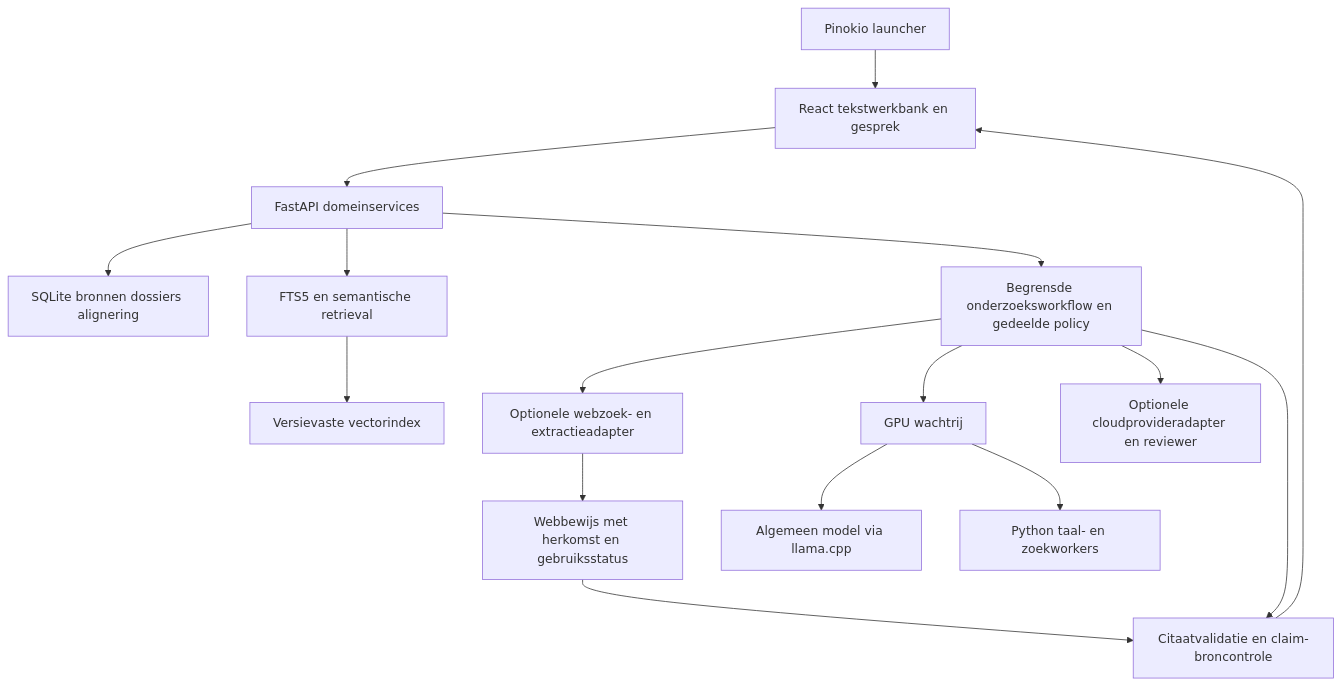
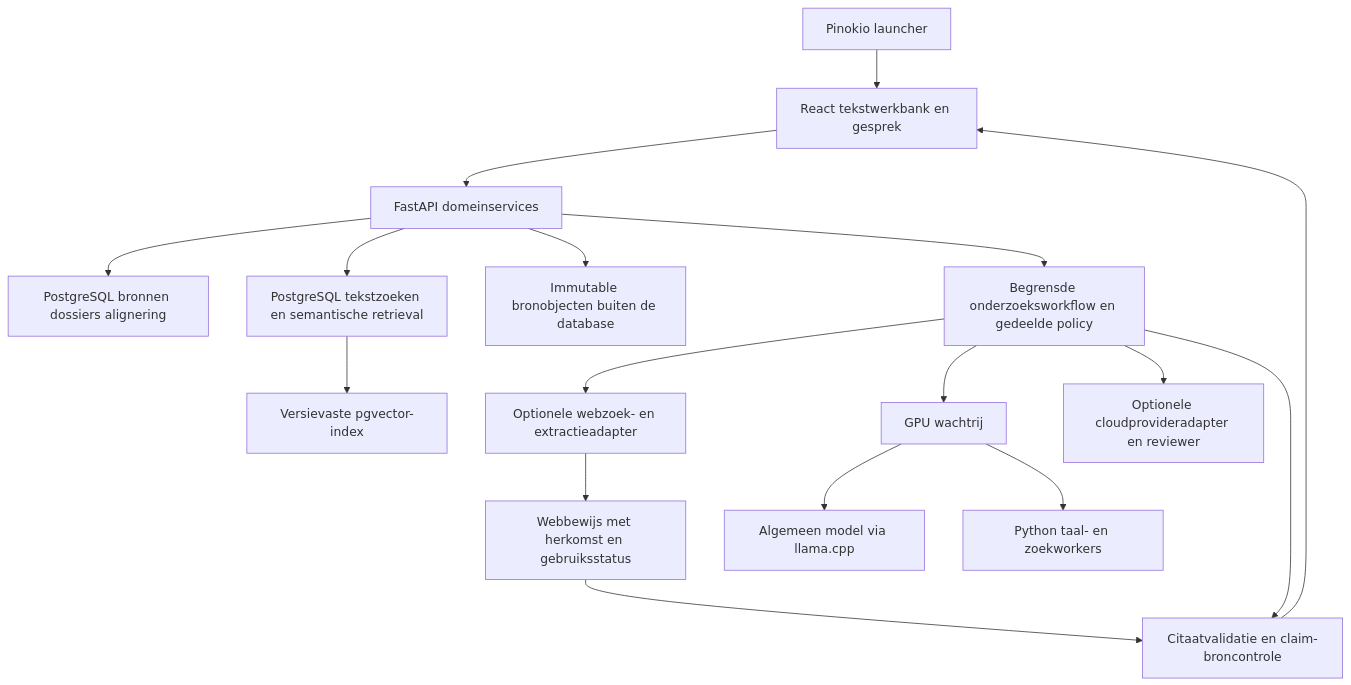
One commit to Euraika-Labs/euraika-compass changed the first of 3 diagrams in docs/plans/2026-11-08-1552-feat-religion-research-app-plan.md. Above: the diagram before and after it, drawn with Mermaid. The commit also changed other lines of this file and 4 other files, not shown here.

Commit message:
docs: adopt PostgreSQL and define durable research storage

````diff
--- a/docs/plans/2026-11-08-1552-feat-religion-research-app-plan.md
+++ b/docs/plans/2026-11-08-1552-feat-religion-research-app-plan.md
@@ -201,18 +207,19 @@
 ```mermaid
 flowchart TB
   P[Pinokio launcher] --> UI[React tekstwerkbank en gesprek]
   UI --> API[FastAPI domeinservices]
-  API --> DB[SQLite bronnen dossiers alignering]
-  API --> R[FTS5 en semantische retrieval]
-  R --> V[Versievaste vectorindex]
+  API --> DB[PostgreSQL bronnen dossiers alignering]
+  API --> R[PostgreSQL tekstzoeken en semantische retrieval]
+  R --> V[Versievaste pgvector-index]
+  API --> AS[Immutable bronobjecten buiten de database]
   API --> O[Begrensde onderzoeksworkflow en gedeelde policy]
   O --> W[Optionele webzoek- en extractieadapter]
   W --> E[Webbewijs met herkomst en gebruiksstatus]
   E --> C
   O --> Q[GPU wachtrij]
   Q --> L[Algemeen model via llama.cpp]
   Q --> T[Python taal- en zoekworkers]
   O --> CL[Optionele cloudprovideradapter en reviewer]
   O --> C[Citaatvalidatie en claim-broncontrole]
   C --> UI
 ```
````
